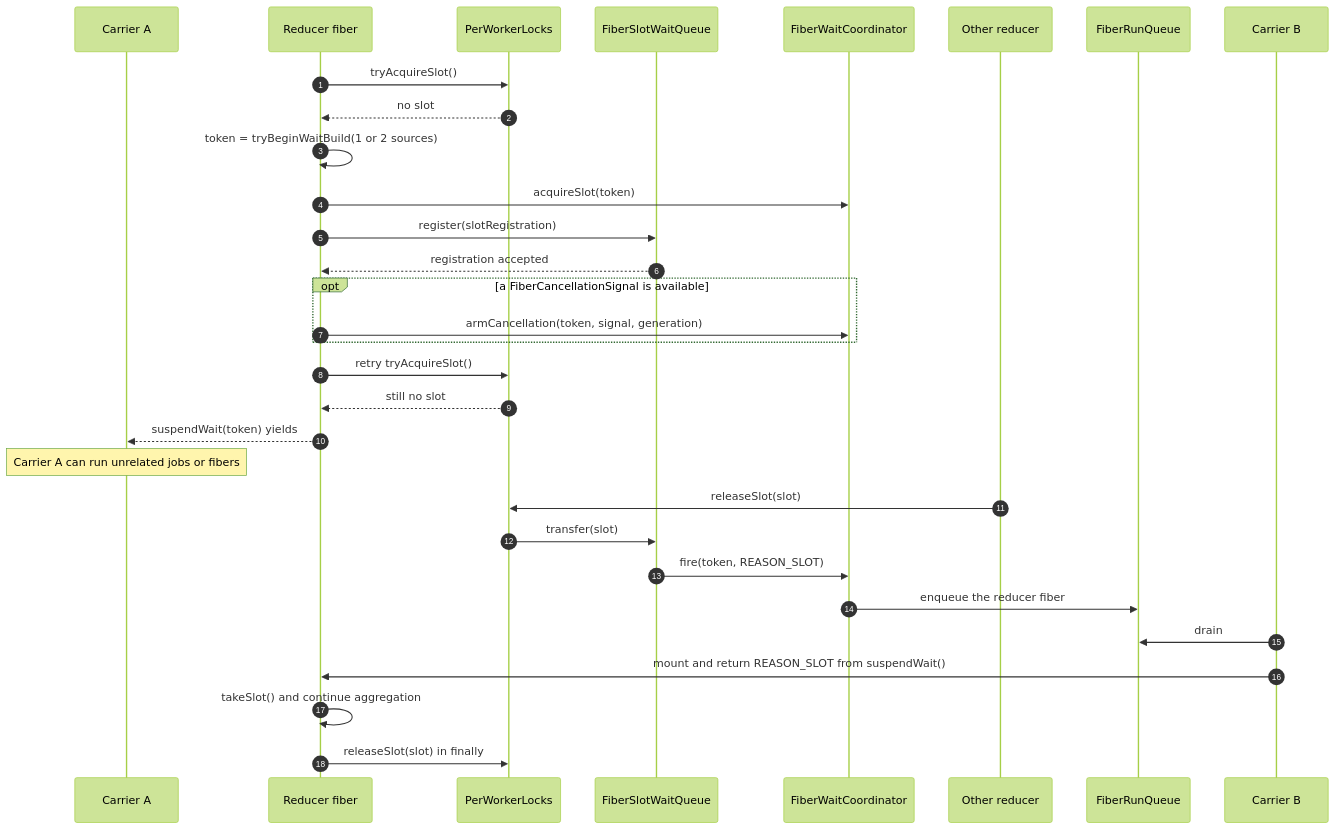
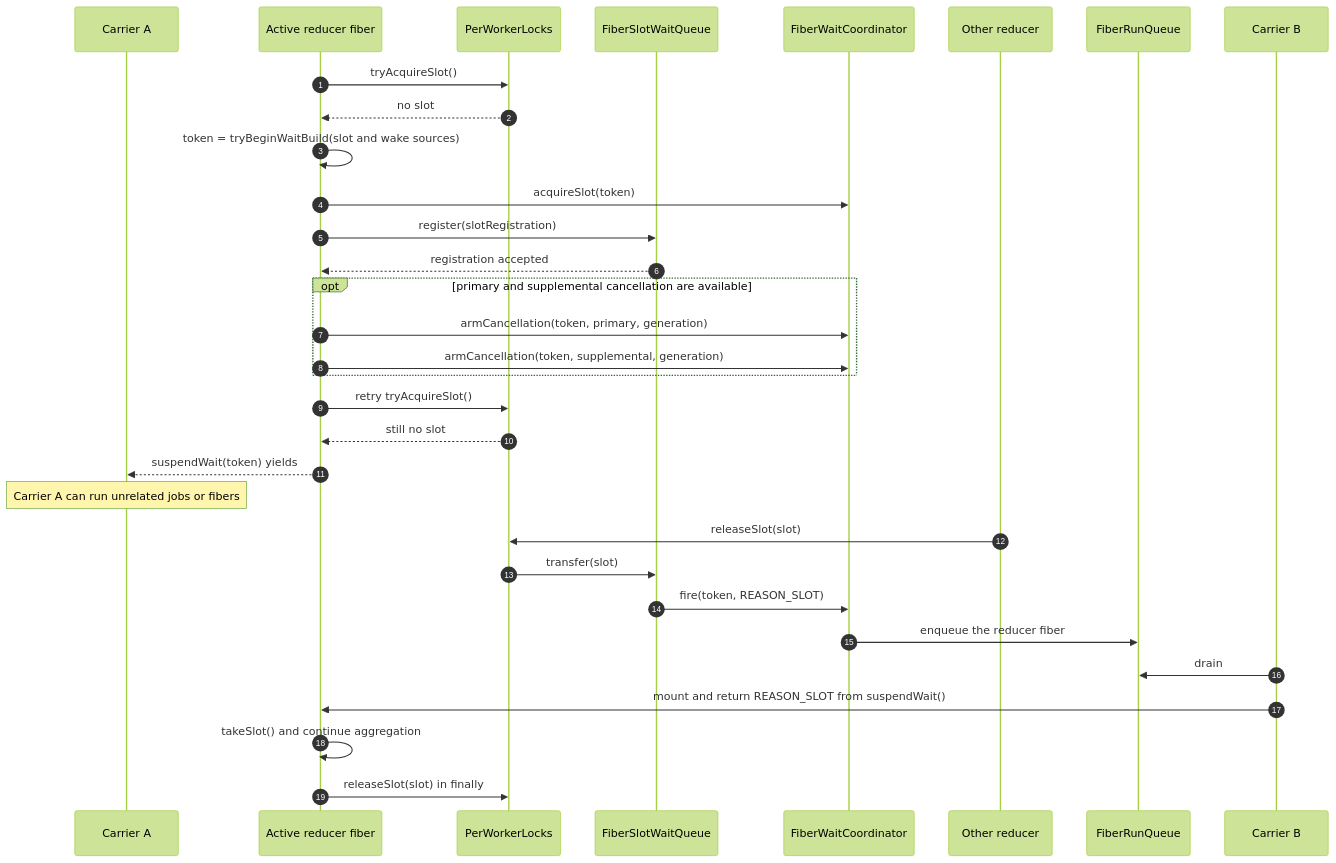
One commit to questdb/questdb changed the fourth of 4 diagrams in core/src/main/java/io/questdb/mp/continuation/DELAY_HEAP.md. Above: the diagram before and after it, drawn with Mermaid (forest theme). The commit also changed other lines of this file and 93 other files, not shown here.

````diff
--- a/core/src/main/java/io/questdb/mp/continuation/DELAY_HEAP.md
+++ b/core/src/main/java/io/questdb/mp/continuation/DELAY_HEAP.md
@@ -239,34 +236,35 @@
 ```mermaid
 sequenceDiagram
     autonumber
     participant CA as Carrier A
-    participant RF as Reducer fiber
+    participant RF as Active reducer fiber
     participant PL as PerWorkerLocks
     participant SQ as FiberSlotWaitQueue
     participant CO as FiberWaitCoordinator
     participant R2 as Other reducer
     participant RQ as FiberRunQueue
     participant CB as Carrier B
 
     RF->>PL: tryAcquireSlot()
     PL-->>RF: no slot
-    RF->>RF: token = tryBeginWaitBuild(1 or 2 sources)
+    RF->>RF: token = tryBeginWaitBuild(slot and wake sources)
     RF->>CO: acquireSlot(token)
     RF->>SQ: register(slotRegistration)
     SQ-->>RF: registration accepted
-    opt a FiberCancellationSignal is available
-        RF->>CO: armCancellation(token, signal, generation)
+    opt primary and supplemental cancellation are available
+        RF->>CO: armCancellation(token, primary, generation)
+        RF->>CO: armCancellation(token, supplemental, generation)
     end
     RF->>PL: retry tryAcquireSlot()
     PL-->>RF: still no slot
     RF-->>CA: suspendWait(token) yields
     Note over CA: Carrier A can run unrelated jobs or fibers
     R2->>PL: releaseSlot(slot)
     PL->>SQ: transfer(slot)
     SQ->>CO: fire(token, REASON_SLOT)
     CO->>RQ: enqueue the reducer fiber
     CB->>RQ: drain
     CB->>RF: mount and return REASON_SLOT from suspendWait()
     RF->>RF: takeSlot() and continue aggregation
     RF->>PL: releaseSlot(slot) in finally
 ```
````
